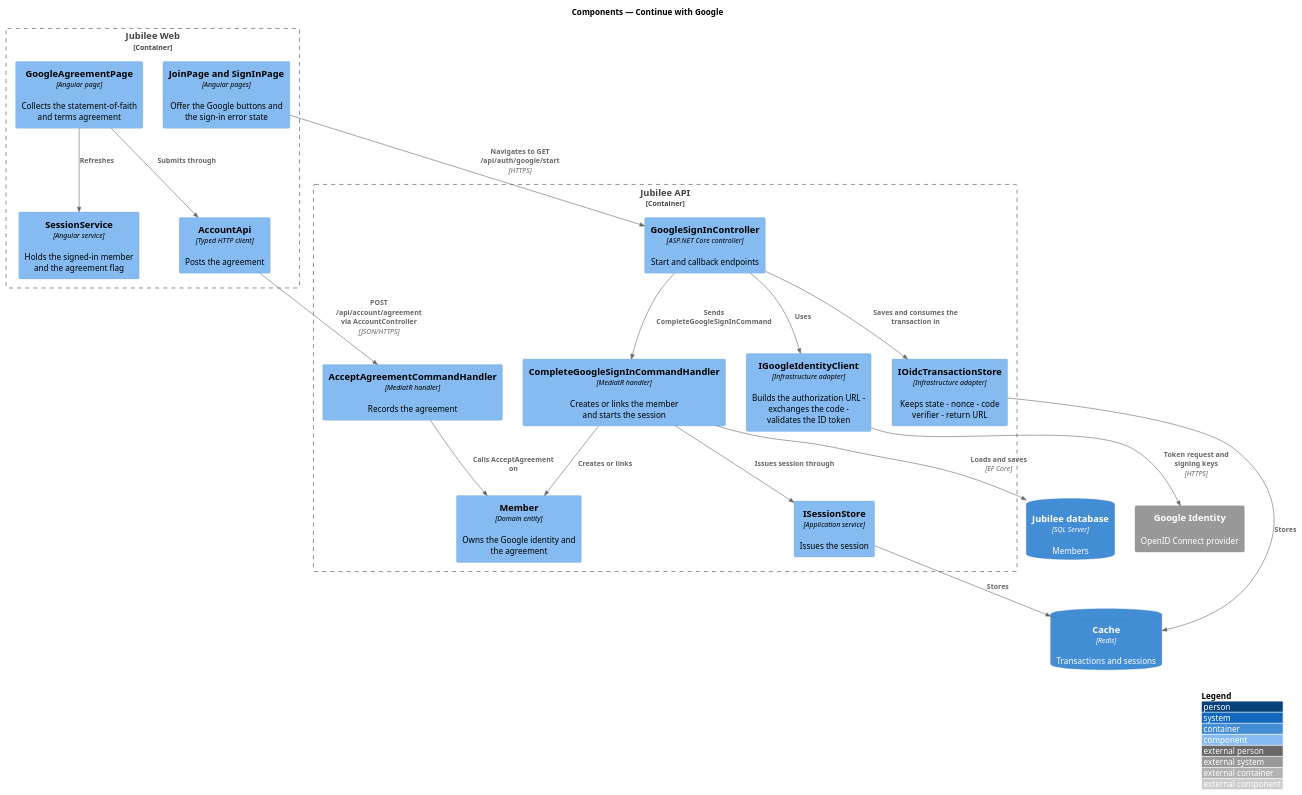
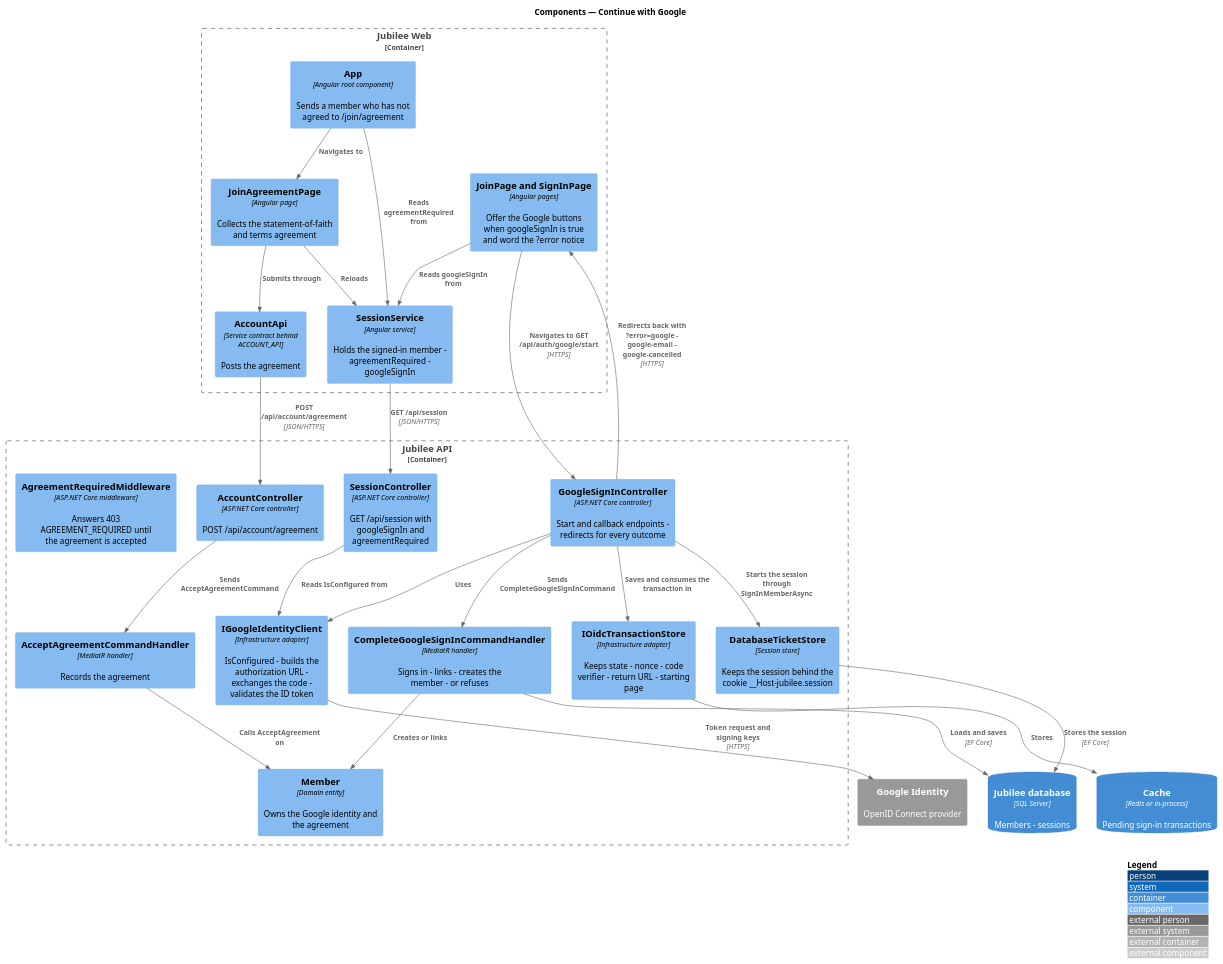
One commit to QuinntyneBrown/jubilee changed the diagram in docs/detailed-designs/accounts/continue-with-google/diagrams/c4-component.puml. Above: the diagram before and after it, drawn with PlantUML. The commit also changed 40 other files, not shown here.

First line of the commit message:
Bring the join, confirm e-mail and Google designs in line with the code

```diff
--- a/docs/detailed-designs/accounts/continue-with-google/diagrams/c4-component.puml
+++ b/docs/detailed-designs/accounts/continue-with-google/diagrams/c4-component.puml
@@ -1,39 +1,50 @@
 @startuml
 !include <C4/C4_Component>
 LAYOUT_WITH_LEGEND()
 title Components — Continue with Google
 
 Container_Boundary(web, "Jubilee Web") {
-  Component(pages, "JoinPage and SignInPage", "Angular pages", "Offer the Google buttons and the sign-in error state")
-  Component(agree, "GoogleAgreementPage", "Angular page", "Collects the statement-of-faith and terms agreement")
-  Component(client, "AccountApi", "Typed HTTP client", "Posts the agreement")
-  Component(session, "SessionService", "Angular service", "Holds the signed-in member and the agreement flag")
+  Component(pages, "JoinPage and SignInPage", "Angular pages", "Offer the Google buttons when googleSignIn is true and word the ?error notice")
+  Component(agree, "JoinAgreementPage", "Angular page", "Collects the statement-of-faith and terms agreement")
+  Component(root, "App", "Angular root component", "Sends a member who has not agreed to /join/agreement")
+  Component(client, "AccountApi", "Service contract behind ACCOUNT_API", "Posts the agreement")
+  Component(session, "SessionService", "Angular service", "Holds the signed-in member - agreementRequired - googleSignIn")
 }
 Container_Boundary(api, "Jubilee API") {
-  Component(ctrl, "GoogleSignInController", "ASP.NET Core controller", "Start and callback endpoints")
-  Component(oidc, "IGoogleIdentityClient", "Infrastructure adapter", "Builds the authorization URL - exchanges the code - validates the ID token")
-  Component(txn, "IOidcTransactionStore", "Infrastructure adapter", "Keeps state - nonce - code verifier - return URL")
-  Component(handler, "CompleteGoogleSignInCommandHandler", "MediatR handler", "Creates or links the member and starts the session")
+  Component(ctrl, "GoogleSignInController", "ASP.NET Core controller", "Start and callback endpoints - redirects for every outcome")
+  Component(sessionctrl, "SessionController", "ASP.NET Core controller", "GET /api/session with googleSignIn and agreementRequired")
+  Component(account, "AccountController", "ASP.NET Core controller", "POST /api/account/agreement")
+  Component(gate, "AgreementRequiredMiddleware", "ASP.NET Core middleware", "Answers 403 AGREEMENT_REQUIRED until the agreement is accepted")
+  Component(oidc, "IGoogleIdentityClient", "Infrastructure adapter", "IsConfigured - builds the authorization URL - exchanges the code - validates the ID token")
+  Component(txn, "IOidcTransactionStore", "Infrastructure adapter", "Keeps state - nonce - code verifier - return URL - starting page")
+  Component(handler, "CompleteGoogleSignInCommandHandler", "MediatR handler", "Signs in - links - creates the member - or refuses")
   Component(accept, "AcceptAgreementCommandHandler", "MediatR handler", "Records the agreement")
   Component(member, "Member", "Domain entity", "Owns the Google identity and the agreement")
-  Component(sessions, "ISessionStore", "Application service", "Issues the session")
+  Component(tickets, "DatabaseTicketStore", "Session store", "Keeps the session behind the cookie __Host-jubilee.session")
 }
-ContainerDb(db, "Jubilee database", "SQL Server", "Members")
-ContainerDb(cache, "Cache", "Redis", "Transactions and sessions")
+ContainerDb(db, "Jubilee database", "SQL Server", "Members - sessions")
+ContainerDb(cache, "Cache", "Redis or in-process", "Pending sign-in transactions")
 System_Ext(google, "Google Identity", "OpenID Connect provider")
 
+Rel(pages, session, "Reads googleSignIn from")
+Rel(session, sessionctrl, "GET /api/session", "JSON/HTTPS")
+Rel(sessionctrl, oidc, "Reads IsConfigured from")
 Rel(pages, ctrl, "Navigates to GET /api/auth/google/start", "HTTPS")
+Rel(ctrl, pages, "Redirects back with ?error=google - google-email - google-cancelled", "HTTPS")
 Rel(ctrl, txn, "Saves and consumes the transaction in")
 Rel(txn, cache, "Stores")
 Rel(ctrl, oidc, "Uses")
 Rel(oidc, google, "Token request and signing keys", "HTTPS")
 Rel(ctrl, handler, "Sends CompleteGoogleSignInCommand")
 Rel(handler, member, "Creates or links")
 Rel(handler, db, "Loads and saves", "EF Core")
-Rel(handler, sessions, "Issues session through")
-Rel(sessions, cache, "Stores")
+Rel(ctrl, tickets, "Starts the session through SignInMemberAsync")
+Rel(tickets, db, "Stores the session", "EF Core")
+Rel(root, session, "Reads agreementRequired from")
+Rel(root, agree, "Navigates to")
 Rel(agree, client, "Submits through")
-Rel(agree, session, "Refreshes")
-Rel(client, accept, "POST /api/account/agreement via AccountController", "JSON/HTTPS")
+Rel(agree, session, "Reloads")
+Rel(client, account, "POST /api/account/agreement", "JSON/HTTPS")
+Rel(account, accept, "Sends AcceptAgreementCommand")
 Rel(accept, member, "Calls AcceptAgreement on")
 @enduml
```
